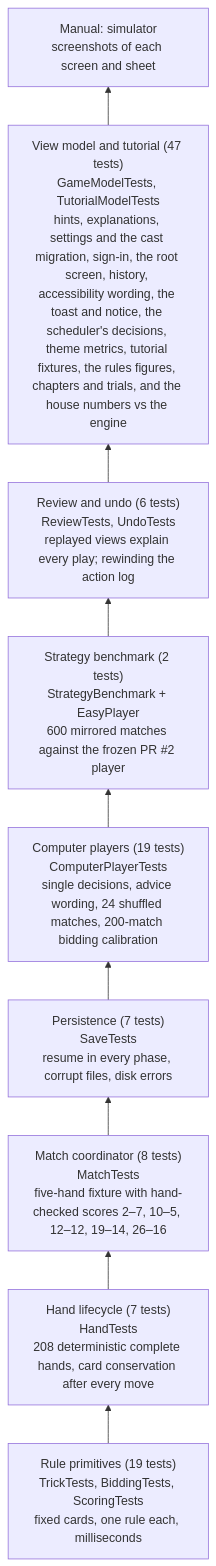
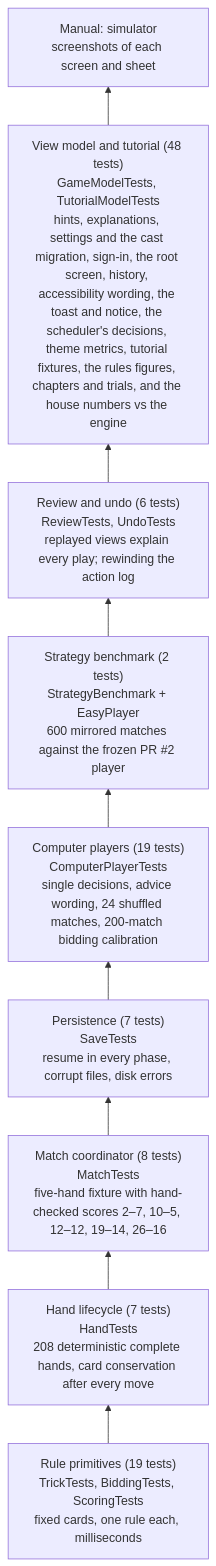
Before and after one commit to cmurphy1140/catch-5: the first of 2 diagrams in docs/testing.md, drawn with Mermaid. The commit also changed other lines of this file and 3 other files, not shown here.

````diff
--- a/docs/testing.md
+++ b/docs/testing.md
@@ -40,13 +40,13 @@
 ```mermaid
 flowchart BT
     L1["Rule primitives (19 tests)<br/>TrickTests, BiddingTests, ScoringTests<br/>fixed cards, one rule each, milliseconds"]
     L2["Hand lifecycle (7 tests)<br/>HandTests<br/>208 deterministic complete hands, card conservation after every move"]
     L3["Match coordinator (8 tests)<br/>MatchTests<br/>five-hand fixture with hand-checked scores 2–7, 10–5, 12–12, 19–14, 26–16"]
     L4["Persistence (7 tests)<br/>SaveTests<br/>resume in every phase, corrupt files, disk errors"]
     L5["Computer players (19 tests)<br/>ComputerPlayerTests<br/>single decisions, advice wording, 24 shuffled matches, 200-match bidding calibration"]
     L5b["Strategy benchmark (2 tests)<br/>StrategyBenchmark + EasyPlayer<br/>600 mirrored matches against the frozen PR #2 player"]
     L5c["Review and undo (6 tests)<br/>ReviewTests, UndoTests<br/>replayed views explain every play; rewinding the action log"]
-    L6["View model and tutorial (47 tests)<br/>GameModelTests, TutorialModelTests<br/>hints, explanations, settings and the cast migration, sign-in, the root screen, history, accessibility wording, the toast and notice, the scheduler's decisions, theme metrics, tutorial fixtures, the rules figures, chapters and trials, and the house numbers vs the engine"]
+    L6["View model and tutorial (48 tests)<br/>GameModelTests, TutorialModelTests<br/>hints, explanations, settings and the cast migration, sign-in, the root screen, history, accessibility wording, the toast and notice, the scheduler's decisions, theme metrics, tutorial fixtures, the rules figures, chapters and trials, and the house numbers vs the engine"]
     L7["Manual: simulator<br/>screenshots of each screen and sheet"]
     L1 --> L2 --> L3 --> L4 --> L5 --> L5b --> L5c --> L6 --> L7
 ```
````
